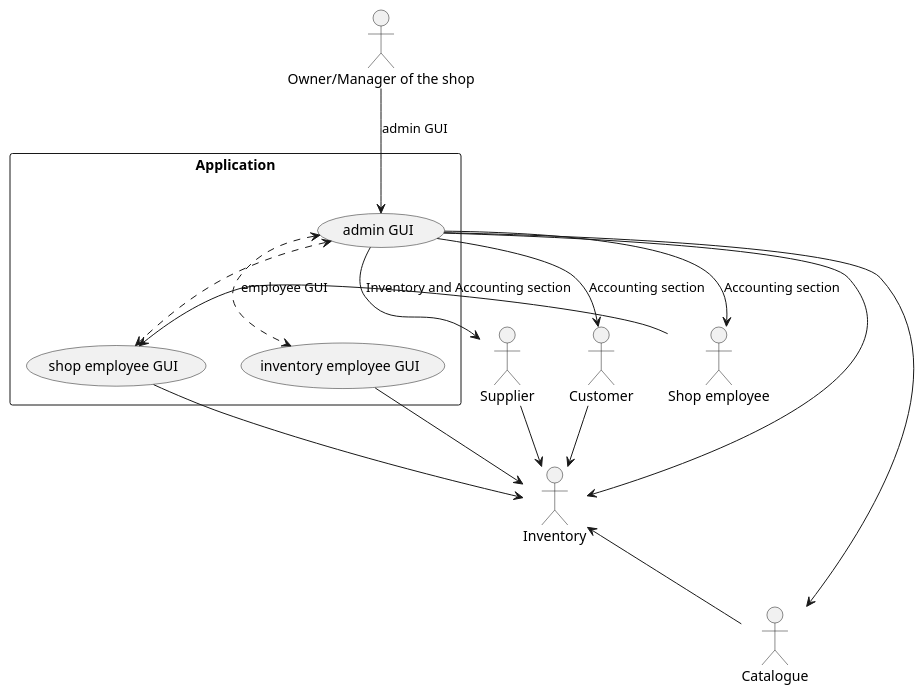
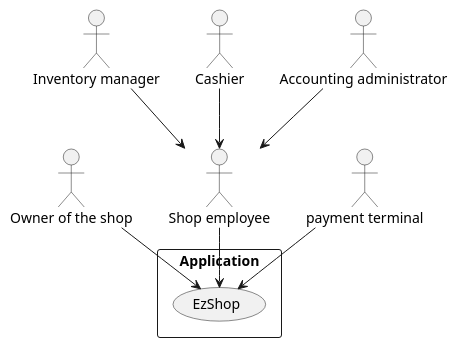
The first of 3 diagrams in Deliverables/RequirementsDocument.md (b3xul/ezshop), drawn with PlantUML before and after one commit. The commit also changed other lines of this file and 1 other file, not shown here.

````diff
--- a/Deliverables/RequirementsDocument.md
+++ b/Deliverables/RequirementsDocument.md
@@ -61,28 +72,17 @@
 ```plantuml
  @startuml
 rectangle Application {
-    (admin GUI)
-    (shop employee GUI)
-    (inventory employee GUI)
+    (EzShop)
 }
 
-:Owner/Manager of the shop: --> (admin GUI) : admin GUI
-(admin GUI) --> :Supplier: : Inventory and Accounting section
-(admin GUI) --> :Customer: : Accounting section
-(admin GUI) --> :Shop employee: : Accounting section
+:Owner of the shop: --> (EzShop)
 
-(admin GUI) <..> (shop employee GUI)
-(admin GUI) <..> (inventory employee GUI)
+:Shop employee: --> (EzShop)
+:Inventory manager: --> :Shop employee:
+:Cashier: --> :Shop employee:
+:Accounting administrator: --> :Shop employee:
 
-(inventory employee GUI) --> :Inventory:
-:Shop employee: --> (shop employee GUI) : employee GUI
+:payment terminal:-->(EzShop)
 
-(admin GUI) --> :Inventory:
-:Supplier: --> :Inventory:
-:Customer: --> :Inventory:
-(shop employee GUI) --> :Inventory:
-
-(admin GUI) --> :Catalogue:
-:Inventory: <-- :Catalogue:
 @enduml
 ```
````
